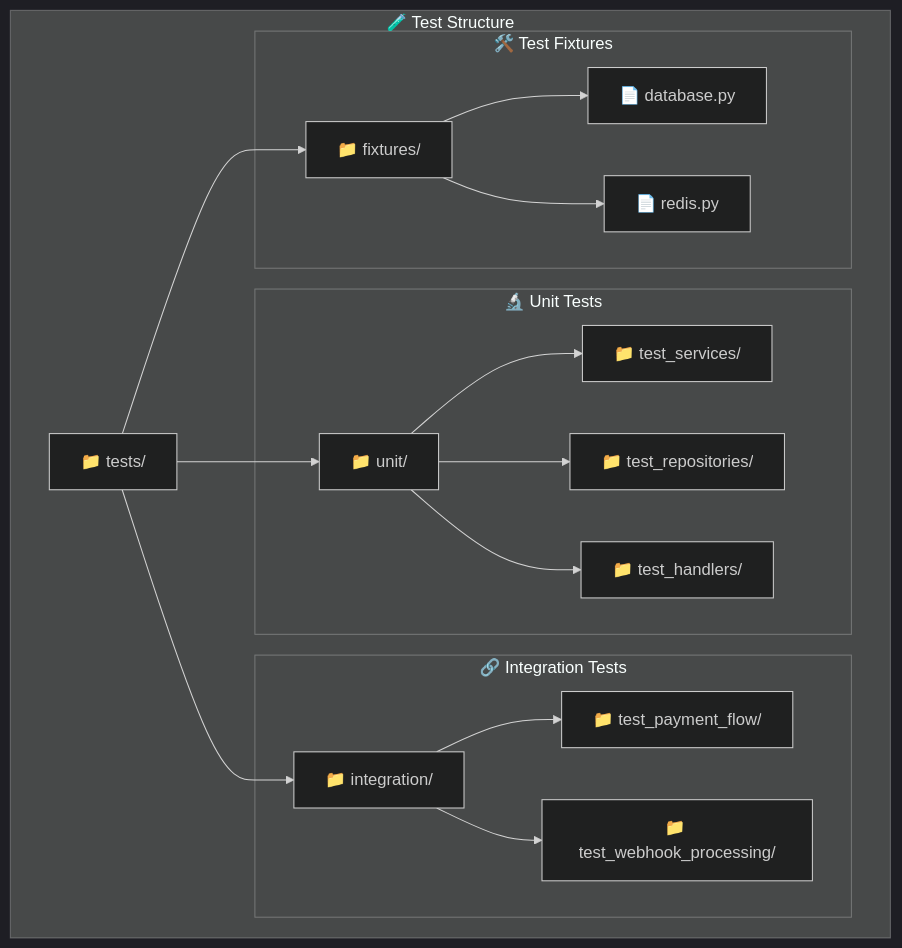
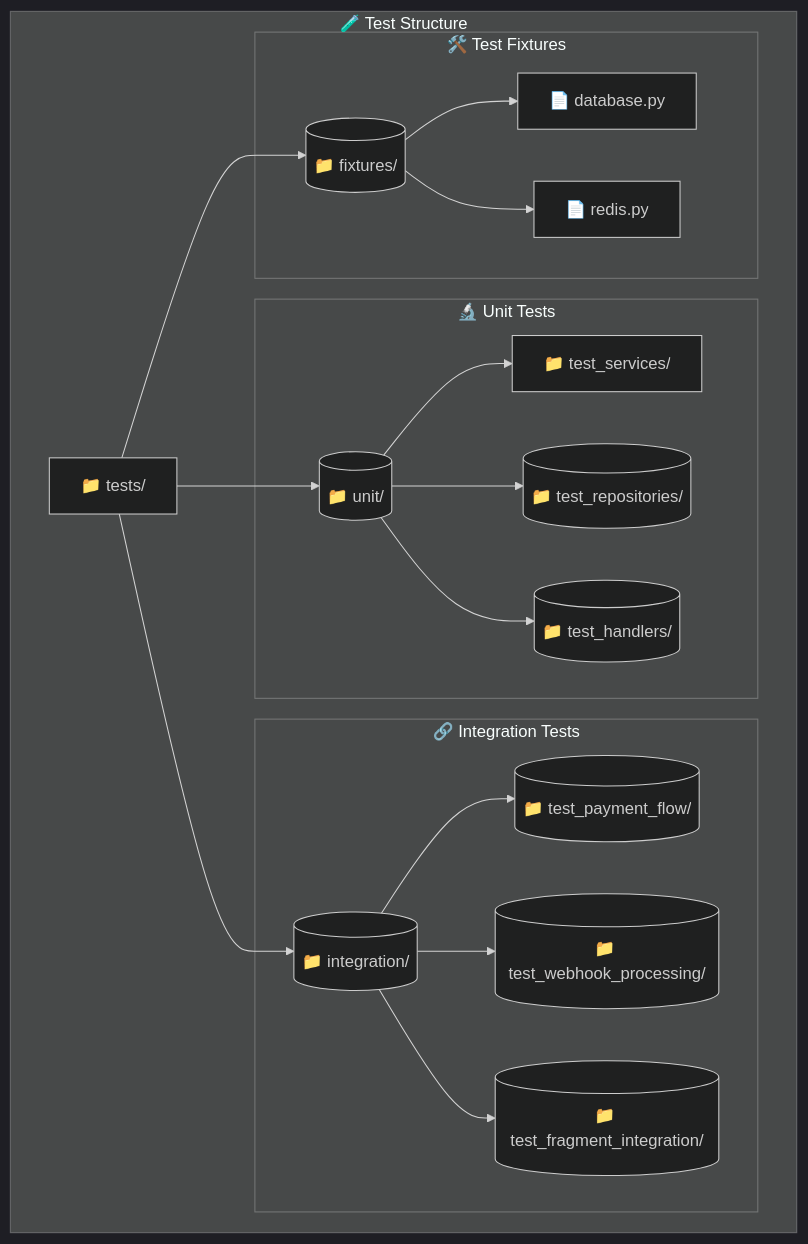
The tenth of 10 diagrams in README.md (neKamita/Mirza-Telegram-Shop-Bot), drawn with Mermaid (dark theme) before and after one commit. The commit also changed other lines of this file and 23 other files, not shown here.

````diff
--- a/README.md
+++ b/README.md
@@ -619,39 +675,41 @@
 ```mermaid
 graph TD
     subgraph "🧪 Test Structure"
         TESTS["📁 tests/"]
         
         subgraph "🔬 Unit Tests"
-            UNIT["📁 unit/"]
+            UNIT[("📁 unit/")]
             UNIT_SERVICES["📁 test_services/"]
-            UNIT_REPOS["📁 test_repositories/"]
-            UNIT_HANDLERS["📁 test_handlers/"]
+            UNIT_REPOS[("📁 test_repositories/")]
+            UNIT_HANDLERS[("📁 test_handlers/")]
         end
         
         subgraph "🔗 Integration Tests"
-            INTEGRATION["📁 integration/"]
-            INT_PAYMENT["📁 test_payment_flow/"]
-            INT_WEBHOOK["📁 test_webhook_processing/"]
+            INTEGRATION[("📁 integration/")]
+            INT_PAYMENT[("📁 test_payment_flow/")]
+            INT_WEBHOOK[("📁 test_webhook_processing/")]
+            INT_FRAGMENT[("📁 test_fragment_integration/")]
         end
         
         subgraph "🛠️ Test Fixtures"
-            FIXTURES["📁 fixtures/"]
+            FIXTURES[("📁 fixtures/")]
             FIX_DB["📄 database.py"]
             FIX_REDIS["📄 redis.py"]
         end
     end
     
     TESTS --> UNIT
     TESTS --> INTEGRATION
     TESTS --> FIXTURES
     
     UNIT --> UNIT_SERVICES
     UNIT --> UNIT_REPOS
     UNIT --> UNIT_HANDLERS
     
     INTEGRATION --> INT_PAYMENT
     INTEGRATION --> INT_WEBHOOK
+    INTEGRATION --> INT_FRAGMENT
     
     FIXTURES --> FIX_DB
     FIXTURES --> FIX_REDIS
 ```
````
